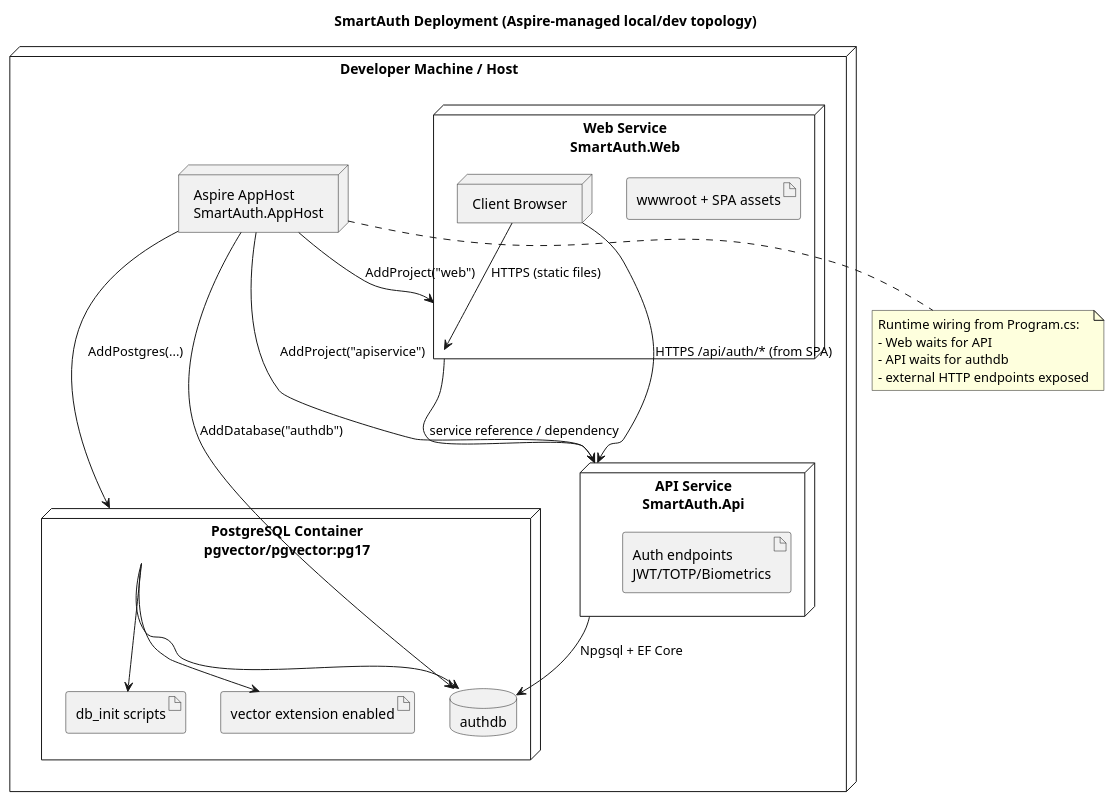
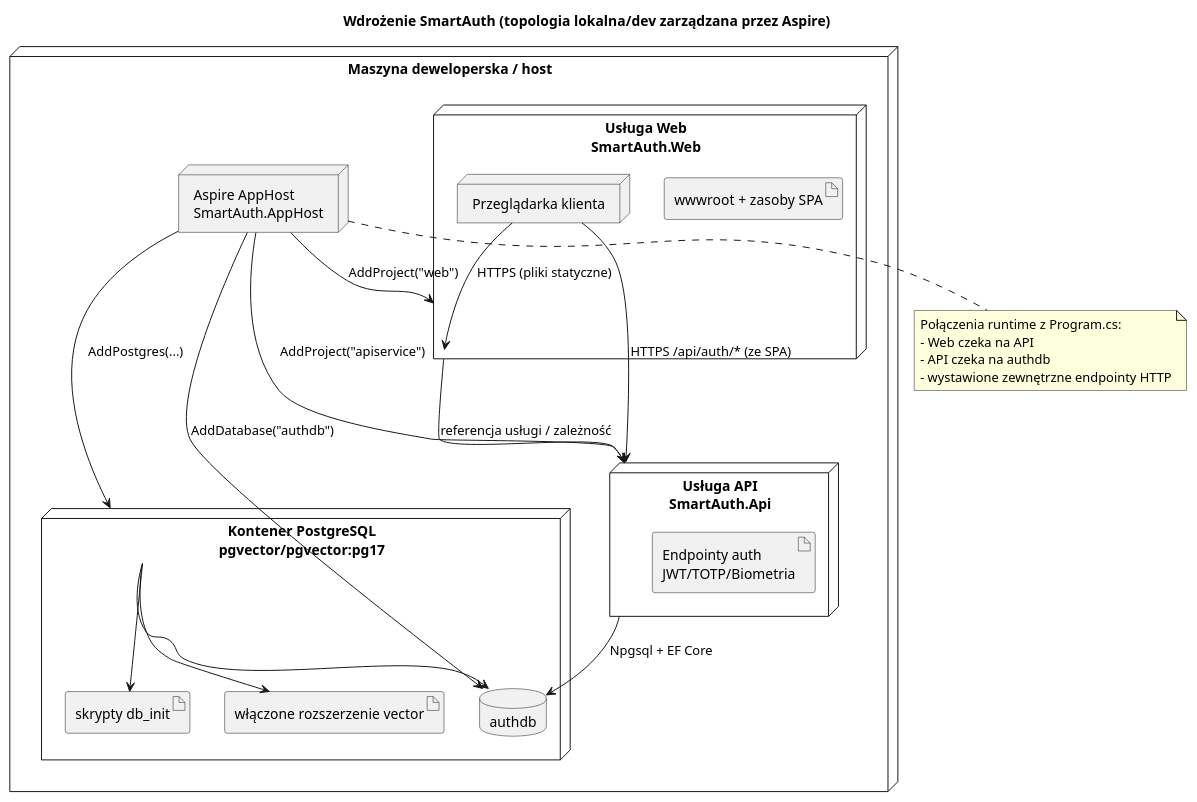
Before and after one commit to nozbieg/SmartAuth: the diagram in docs/diagrams/plantuml/04-deployment.puml, drawn with PlantUML. The commit also changed 11 other files, not shown here.

Commit message:
Translate diagrams documentation to Polish

```diff
--- a/docs/diagrams/plantuml/04-deployment.puml
+++ b/docs/diagrams/plantuml/04-deployment.puml
@@ -1,43 +1,43 @@
 @startuml
 skinparam shadowing false
-title SmartAuth Deployment (Aspire-managed local/dev topology)
+title Wdrożenie SmartAuth (topologia lokalna/dev zarządzana przez Aspire)
 
-node "Developer Machine / Host" {
+node "Maszyna deweloperska / host" {
   node "Aspire AppHost\nSmartAuth.AppHost" as apphost
 
-  node "Web Service\nSmartAuth.Web" as web {
-    artifact "wwwroot + SPA assets" as assets
-    node "Client Browser" as browser
+  node "Usługa Web\nSmartAuth.Web" as web {
+    artifact "wwwroot + zasoby SPA" as assets
+    node "Przeglądarka klienta" as browser
   }
 
-  node "API Service\nSmartAuth.Api" as api {
-    artifact "Auth endpoints\nJWT/TOTP/Biometrics" as apiArtifacts
+  node "Usługa API\nSmartAuth.Api" as api {
+    artifact "Endpointy auth\nJWT/TOTP/Biometria" as apiArtifacts
   }
 
-  node "PostgreSQL Container\npgvector/pgvector:pg17" as pg {
+  node "Kontener PostgreSQL\npgvector/pgvector:pg17" as pg {
     database "authdb" as authdb
-    artifact "vector extension enabled" as vector
-    artifact "db_init scripts" as dbinit
+    artifact "włączone rozszerzenie vector" as vector
+    artifact "skrypty db_init" as dbinit
   }
 }
 
 apphost --> web : AddProject("web")
 apphost --> api : AddProject("apiservice")
 apphost --> pg : AddPostgres(...)
 apphost --> authdb : AddDatabase("authdb")
 
-browser --> web : HTTPS (static files)
-browser --> api : HTTPS /api/auth/* (from SPA)
-web --> api : service reference / dependency
+browser --> web : HTTPS (pliki statyczne)
+browser --> api : HTTPS /api/auth/* (ze SPA)
+web --> api : referencja usługi / zależność
 api --> authdb : Npgsql + EF Core
 pg --> authdb
 pg --> vector
 pg --> dbinit
 
 note bottom of apphost
-Runtime wiring from Program.cs:
-- Web waits for API
-- API waits for authdb
-- external HTTP endpoints exposed
+Połączenia runtime z Program.cs:
+- Web czeka na API
+- API czeka na authdb
+- wystawione zewnętrzne endpointy HTTP
 end note
 @enduml
```
